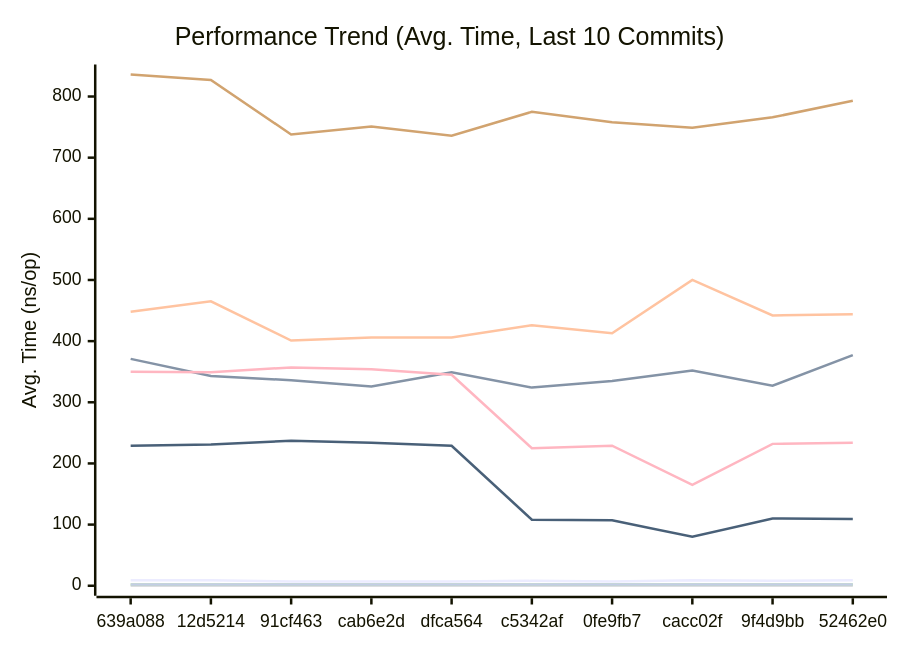
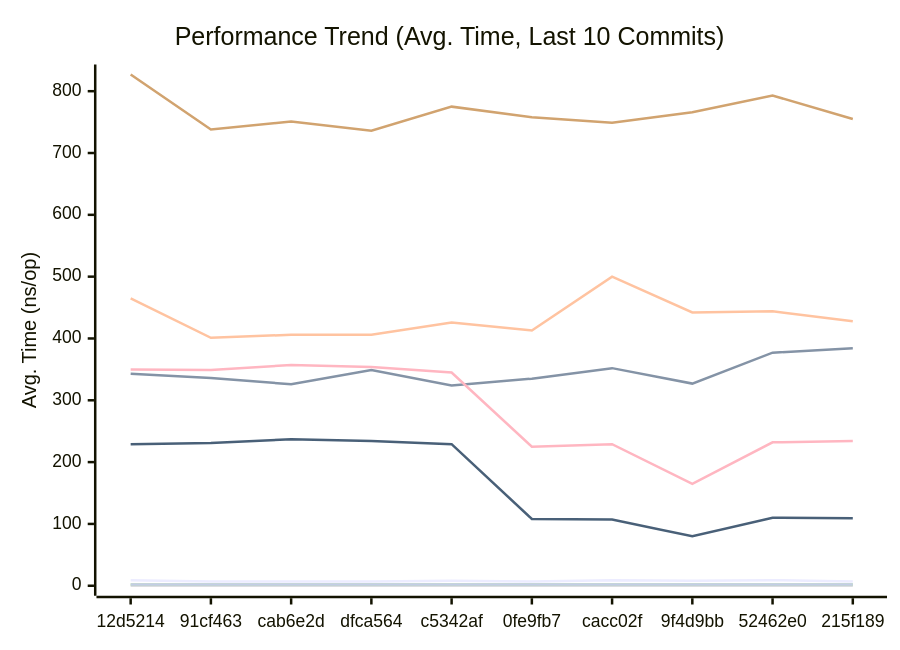
Before and after one commit to alsotoes/momo: the first of 3 diagrams in docs/PERFORMANCE.md, drawn with Mermaid. The commit also changed other lines of this file and 5 other files, not shown here.

````diff
--- a/docs/PERFORMANCE.md
+++ b/docs/PERFORMANCE.md
@@ -80,16 +80,16 @@
 ```mermaid
 xychart-beta
     title "Performance Trend (Avg. Time, Last 10 Commits)"
     x-axis "Commit"
     y-axis "Avg. Time (ns/op)"
-    x-axis [639a088,12d5214,91cf463,cab6e2d,dfca564,c5342af,0fe9fb7,cacc02f,9f4d9bb,52462e0]
-    line "CheckMetricsAndSwap" [9,9,7,7,7,8,7,9,8,9]
-    line "CrushOptimized" [371,343,336,326,349,324,335,352,327,377]
-    line "CrushOriginal" [448,465,401,406,406,426,413,500,442,444]
+    x-axis [12d5214,91cf463,cab6e2d,dfca564,c5342af,0fe9fb7,cacc02f,9f4d9bb,52462e0,215f189]
+    line "CheckMetricsAndSwap" [9,7,7,7,8,7,9,8,9,7]
+    line "CrushOptimized" [343,336,326,349,324,335,352,327,377,384]
+    line "CrushOriginal" [465,401,406,406,426,413,500,442,444,428]
     line "IndexDirectTracking" [0,0,0,0,0,0,0,0,0,0]
     line "IndexSearch" [2,2,2,2,2,2,2,2,2,2]
-    line "LoadGlobalConfig" [836,827,738,751,736,775,758,749,766,793]
+    line "LoadGlobalConfig" [827,738,751,736,775,758,749,766,793,755]
     line "PadString" [2,2,2,2,2,2,2,2,2,2]
     line "ParseReplicationOrder_NoPrealloc" [350,349,357,354,345,225,229,165,232,234]
     line "ParseReplicationOrder_Prealloc" [229,231,237,234,229,108,107,80,110,109]
 ```
````
